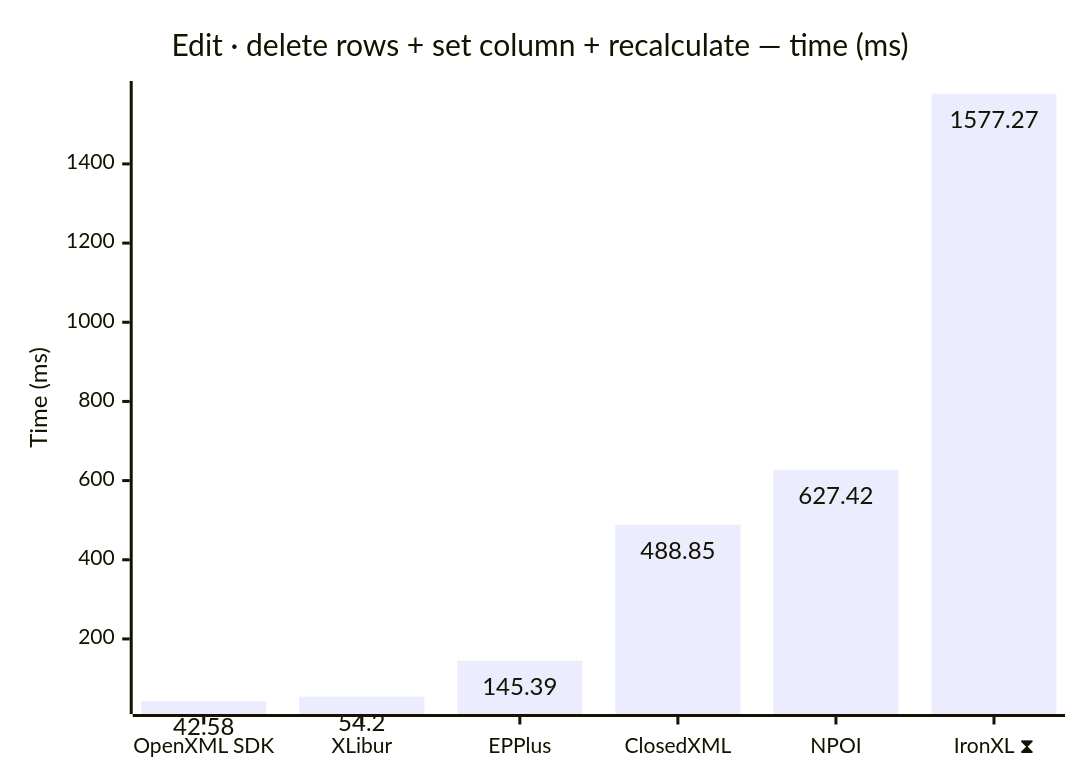
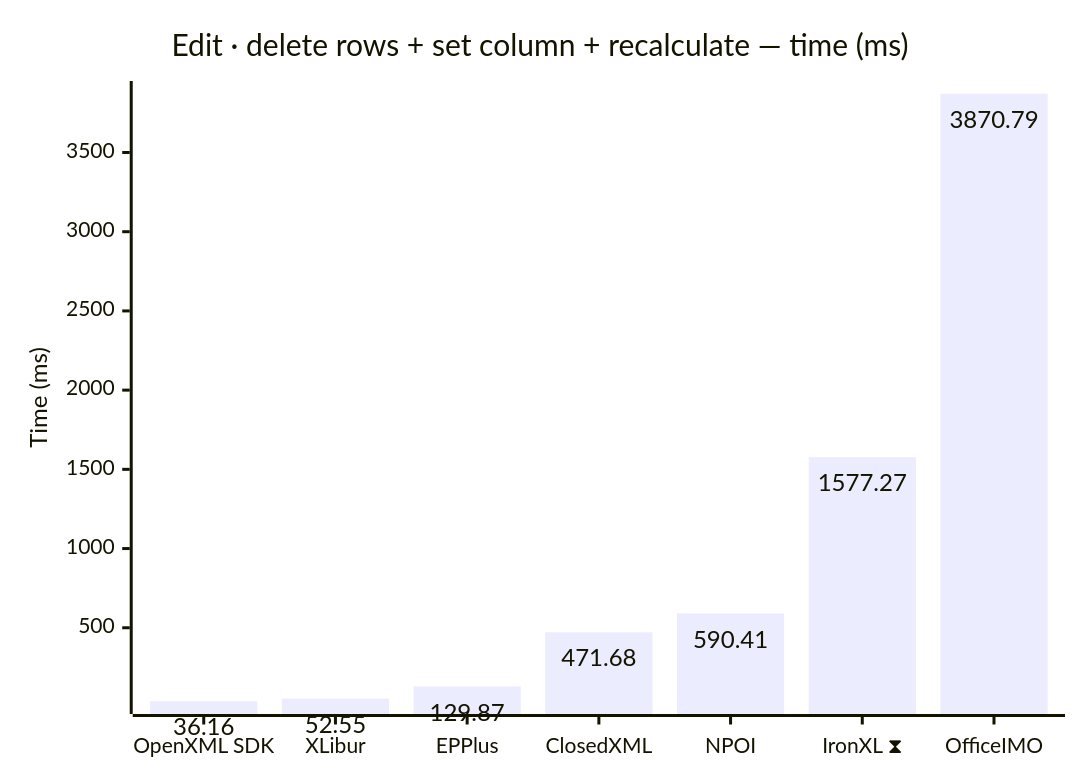
The ninth of 12 diagrams in docs/results-ci.md (jafin/XLBench), drawn with Mermaid before and after one commit. The commit also changed other lines of this file, not shown here.

````diff
--- a/docs/results-ci.md
+++ b/docs/results-ci.md
@@ -145,12 +147,12 @@
 ```mermaid
 ---
 config:
   xyChart:
     showDataLabel: true
 ---
 xychart-beta
     title "Edit · delete rows + set column + recalculate — time (ms)"
-    x-axis ["OpenXML SDK", "XLibur", "EPPlus", "ClosedXML", "NPOI", "IronXL ⧗"]
+    x-axis ["OpenXML SDK", "XLibur", "EPPlus", "ClosedXML", "NPOI", "IronXL ⧗", "OfficeIMO"]
     y-axis "Time (ms)"
-    bar [42.58, 54.2, 145.39, 488.85, 627.42, 1577.27]
+    bar [36.16, 52.55, 129.87, 471.68, 590.41, 1577.27, 3870.79]
 ```
````
